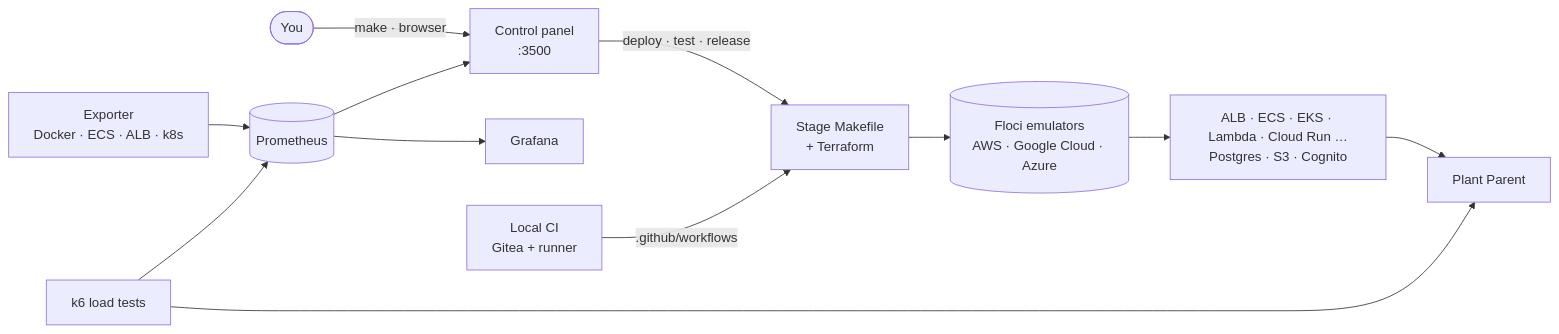
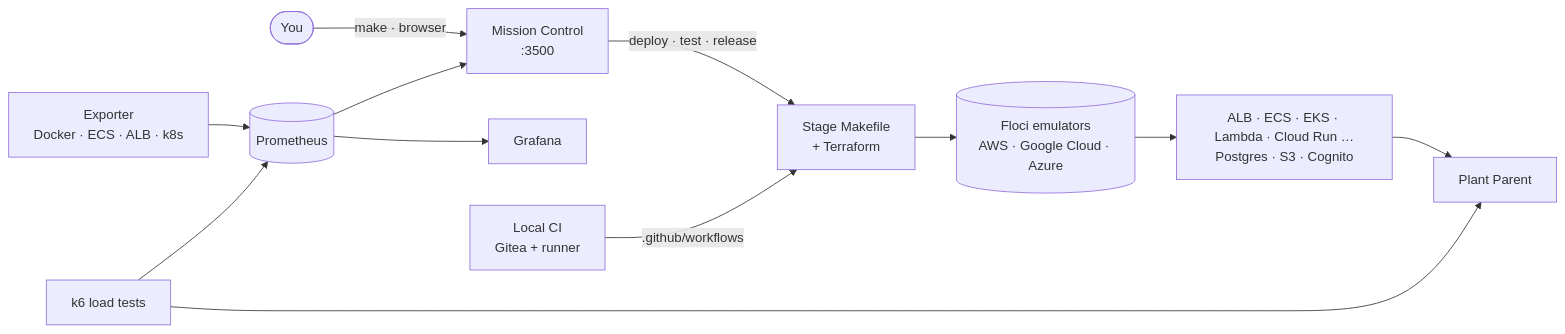
One commit to manimovassagh/FullStack-DevOps changed the first of 2 diagrams in README.md. Above: the diagram before and after it, drawn with Mermaid. The commit also changed other lines of this file and 451 other files, not shown here.

First line of the commit message:
refactor: group the repo into apps/ and platform/, rename the control panel to Mission Control

````diff
--- a/README.md
+++ b/README.md
@@ -63,14 +63,14 @@
 ```mermaid
 flowchart LR
-  you([You]) -->|make · browser| panel[Control panel<br/>:3500]
+  you([You]) -->|make · browser| panel[Mission Control<br/>:3500]
   panel -->|deploy · test · release| tf[Stage Makefile<br/>+ Terraform]
   tf --> floci[(Floci emulators<br/>AWS · Google Cloud · Azure)]
   floci --> stack[ALB · ECS · EKS · Lambda · Cloud Run …<br/>Postgres · S3 · Cognito]
   stack --> app[Plant Parent]
   k6[k6 load tests] --> app
   k6 --> prom[(Prometheus)]
   exporter[Exporter<br/>Docker · ECS · ALB · k8s] --> prom
   prom --> grafana[Grafana]
   prom --> panel
   ci[Local CI<br/>Gitea + runner] -->|.github/workflows| tf
 ```
````
